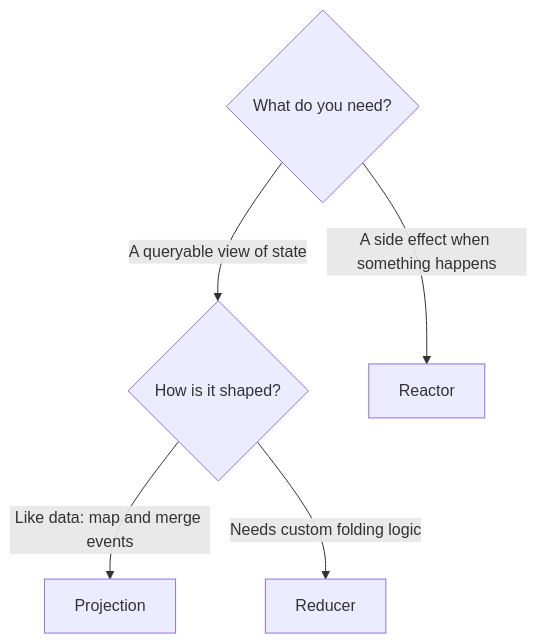
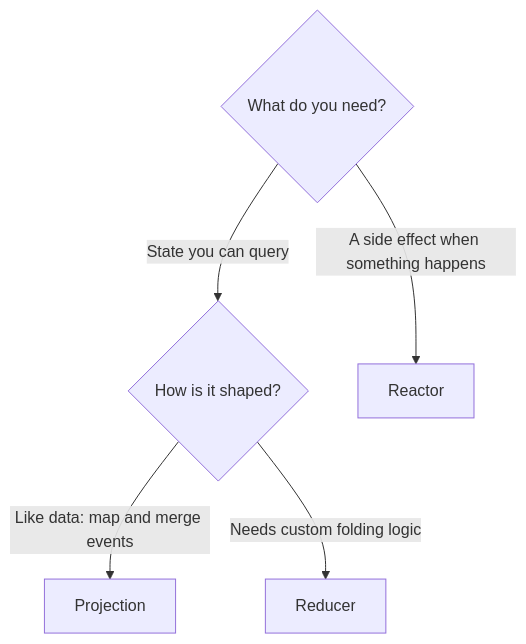
Before and after one commit to Cratis/Chronicle: the diagram in Documentation/concepts/observer-patterns.md, drawn with Mermaid. The commit also changed other lines of this file and 43 other files, not shown here.

````diff
--- a/Documentation/concepts/observer-patterns.md
+++ b/Documentation/concepts/observer-patterns.md
@@ -13,7 +13,7 @@
 ```mermaid
 flowchart TD
-    Q{What do you need?} -->|A queryable view of state| State{How is it shaped?}
+    Q{What do you need?} -->|State you can query| State{How is it shaped?}
     Q -->|A side effect when something happens| R[Reactor]
     State -->|Like data: map and merge events| P[Projection]
     State -->|Needs custom folding logic| Red[Reducer]
 ```
````
